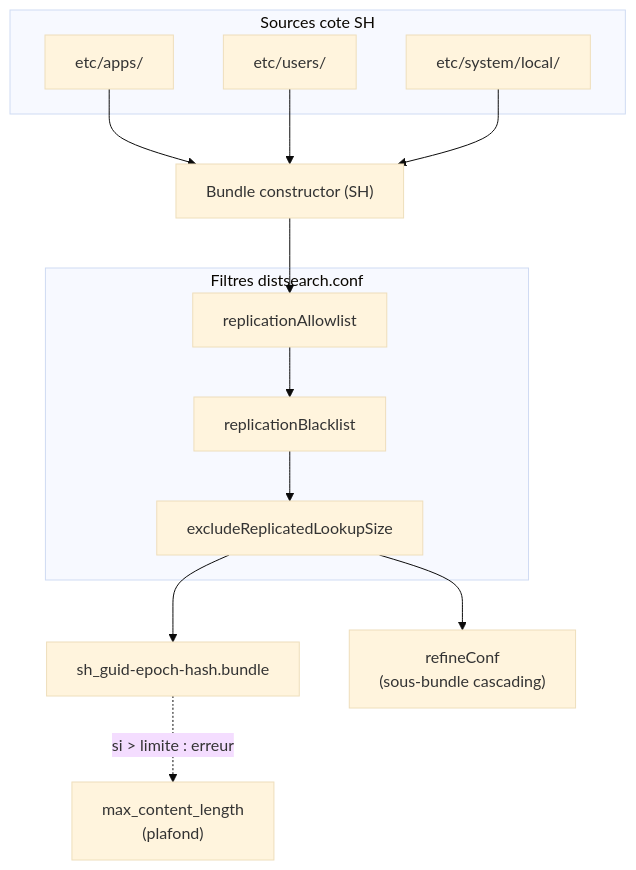
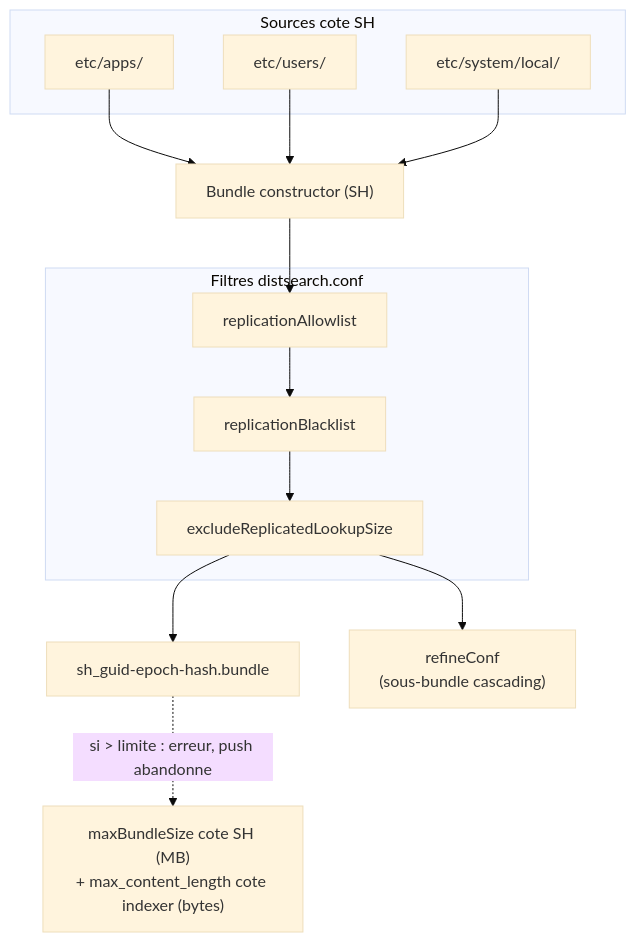
Before and after one commit to rafiki31130/knowledge_base: the diagram in handbooks/splunk-shc-knowledge-bundle/02-bundle-search-constitution.md, drawn with Mermaid (base theme). The commit also changed other lines of this file and 2 other files, not shown here.

First line of the commit message:
handbooks/splunk-shc-knowledge-bundle: B1 — maxBundleSize cote SH vs max_content_length cote indexer

````diff
--- a/handbooks/splunk-shc-knowledge-bundle/02-bundle-search-constitution.md
+++ b/handbooks/splunk-shc-knowledge-bundle/02-bundle-search-constitution.md
@@ -84,28 +84,28 @@
 ```mermaid
 flowchart TB
     subgraph SOURCES["Sources cote SH"]
       A["etc/apps/"]
       B["etc/users/"]
       C["etc/system/local/"]
     end
 
     A --> BC["Bundle constructor (SH)"]
     B --> BC
     C --> BC
 
     subgraph FILTERS["Filtres distsearch.conf"]
       F1["replicationAllowlist"]
       F2["replicationBlacklist"]
       F3["excludeReplicatedLookupSize"]
     end
 
     BC --> F1
     F1 --> F2
     F2 --> F3
 
     F3 --> OUT["sh_guid-epoch-hash.bundle"]
     F3 --> REFINE["refineConf<br/>(sous-bundle cascading)"]
 
-    LIMIT["max_content_length<br/>(plafond)"]
-    OUT -.->|"si > limite : erreur"| LIMIT
+    LIMIT["maxBundleSize cote SH (MB)<br/>+ max_content_length cote indexer (bytes)"]
+    OUT -.->|"si > limite : erreur, push abandonne"| LIMIT
 ```
````
